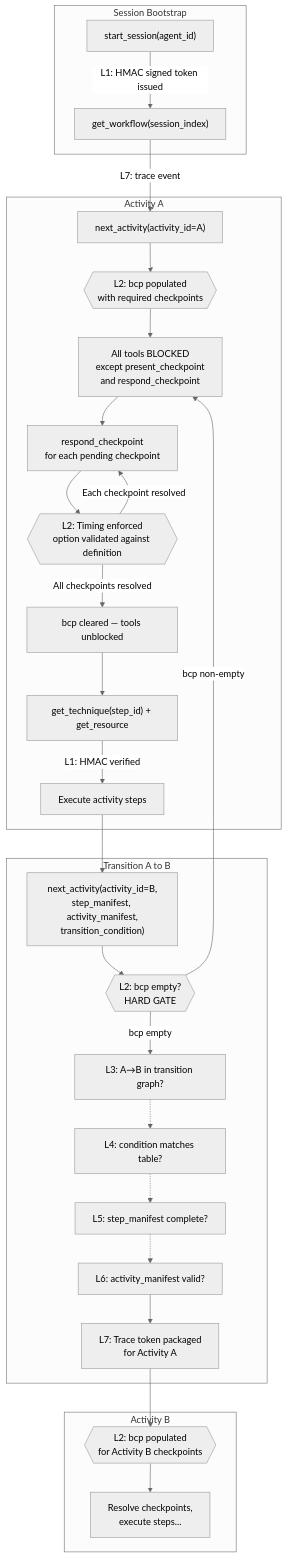
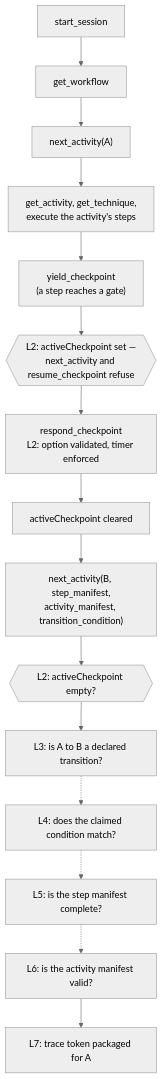
The diagram in docs/workflow-fidelity.md (m2ux/workflow-server), drawn with Mermaid (neutral theme) before and after one commit. The commit also changed other lines of this file and 4 other files, not shown here.

````diff
--- a/docs/workflow-fidelity.md
+++ b/docs/workflow-fidelity.md
@@ -45,55 +20,17 @@
 ```mermaid
 flowchart TD
-    subgraph bootstrap [Session Bootstrap]
-        startSession["start_session(agent_id)"]
-        getWorkflow["get_workflow(session_index)"]
-        startSession -->|"L1: HMAC signed token issued"| getWorkflow
-    end
-
-    subgraph actA [Activity A]
-        nextA["next_activity(activity_id=A)"]
-        cpGateA{{"L2: bcp populated\nwith required checkpoints"}}
-        toolsBlocked["All tools BLOCKED\nexcept present_checkpoint\nand respond_checkpoint"]
-        respondCp["respond_checkpoint\nfor each pending checkpoint"]
-        cpTiming{{"L2: Timing enforced\noption validated against definition"}}
-        bcpClear["bcp cleared — tools unblocked"]
-        getTechnique["get_technique(step_id) + get_resource"]
-        executeSteps["Execute activity steps"]
-    end
-
-    subgraph transition [Transition A to B]
-        nextB["next_activity(activity_id=B,\nstep_manifest, activity_manifest,\ntransition_condition)"]
-        hardGate{{"L2: bcp empty?\nHARD GATE"}}
-        transCheck["L3: A→B in transition graph?"]
-        condCheck["L4: condition matches table?"]
-        stepCheck["L5: step_manifest complete?"]
-        actCheck["L6: activity_manifest valid?"]
-        tracePackage["L7: Trace token packaged\nfor Activity A"]
-    end
-
-    subgraph actB [Activity B]
-        cpGateB{{"L2: bcp populated\nfor Activity B checkpoints"}}
-        continueB["Resolve checkpoints,\nexecute steps..."]
-    end
-
-    getWorkflow -->|"L7: trace event"| nextA
-    nextA --> cpGateA
-    cpGateA --> toolsBlocked
-    toolsBlocked --> respondCp
-    respondCp --> cpTiming
-    cpTiming -->|"Each checkpoint resolved"| respondCp
-    cpTiming -->|"All checkpoints resolved"| bcpClear
-    bcpClear --> getTechnique
-    getTechnique -->|"L1: HMAC verified"| executeSteps
-
-    executeSteps --> nextB
-    nextB --> hardGate
-    hardGate -->|"bcp non-empty"| toolsBlocked
-    hardGate -->|"bcp empty"| transCheck
-    transCheck -.-> condCheck
-    condCheck -.-> stepCheck
-    stepCheck -.-> actCheck
-    actCheck --> tracePackage
-    tracePackage --> cpGateB
-    cpGateB --> continueB
+    startSession["start_session"] --> getWorkflow["get_workflow"]
+    getWorkflow --> nextA["next_activity(A)"]
+    nextA --> steps["get_activity, get_technique,\nexecute the activity's steps"]
+    steps --> yieldCp["yield_checkpoint\n(a step reaches a gate)"]
+    yieldCp --> gate{{"L2: activeCheckpoint set —\nnext_activity and resume_checkpoint refuse"}}
+    gate --> respond["respond_checkpoint\nL2: option validated, timer enforced"]
+    respond --> cleared["activeCheckpoint cleared"]
+    cleared --> nextB["next_activity(B, step_manifest,\nactivity_manifest, transition_condition)"]
+    nextB --> hardGate{{"L2: activeCheckpoint empty?"}}
+    hardGate --> transCheck["L3: is A to B a declared transition?"]
+    transCheck -.-> condCheck["L4: does the claimed condition match?"]
+    condCheck -.-> stepCheck["L5: is the step manifest complete?"]
+    stepCheck -.-> actCheck["L6: is the activity manifest valid?"]
+    actCheck --> tracePackage["L7: trace token packaged for A"]
 ```
````
